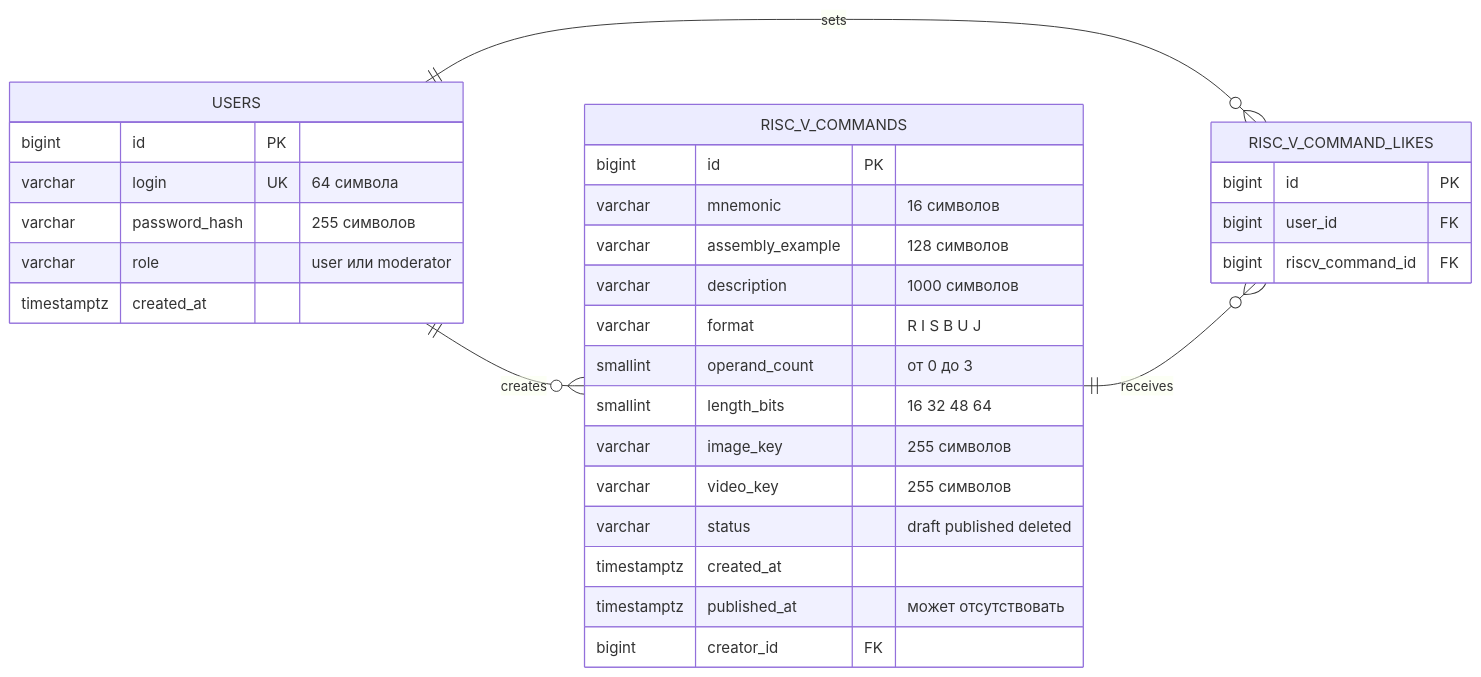
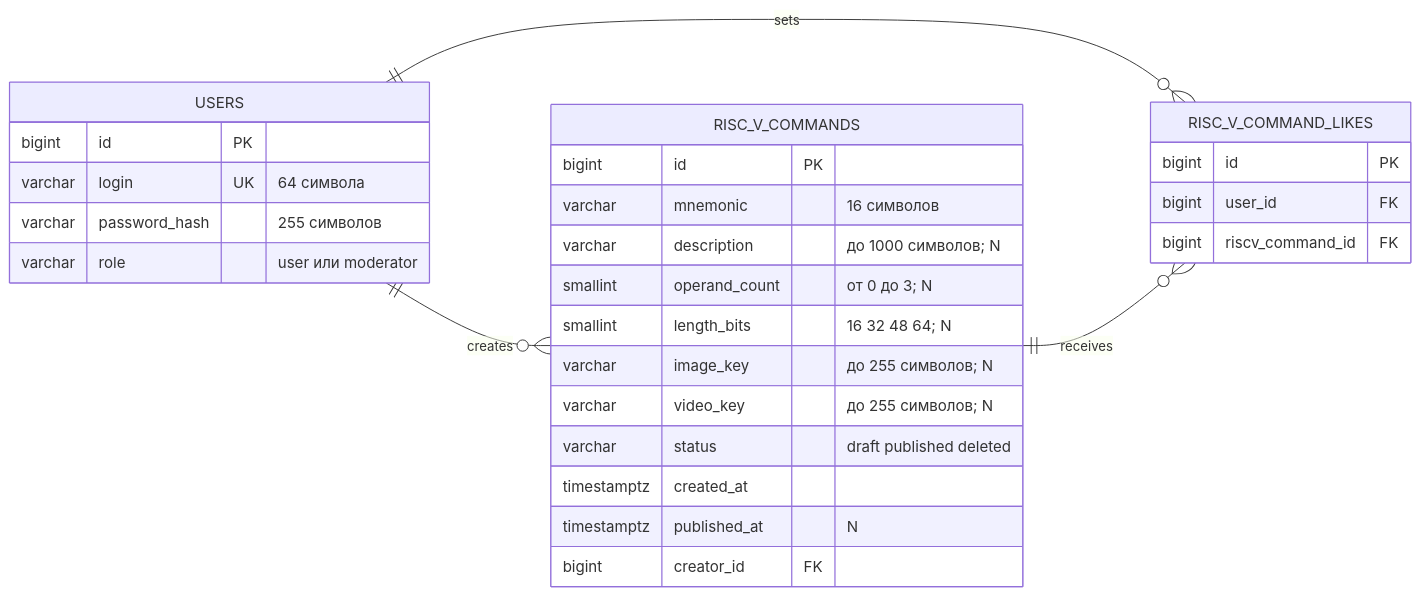
The diagram in docs/db-integration-er.md (Nisakoo/RISC-V-Application-backend), drawn with Mermaid before and after one commit. The commit also changed other lines of this file and 37 other files, not shown here.

````diff
--- a/docs/db-integration-er.md
+++ b/docs/db-integration-er.md
@@ -5,37 +5,34 @@
 ```mermaid
 erDiagram
     direction LR
     USERS ||--o{ RISC_V_COMMANDS : creates
     USERS ||--o{ RISC_V_COMMAND_LIKES : sets
     RISC_V_COMMANDS ||--o{ RISC_V_COMMAND_LIKES : receives
 
     USERS {
         bigint id PK
         varchar login UK "64 символа"
         varchar password_hash "255 символов"
         varchar role "user или moderator"
-        timestamptz created_at
     }
 
     RISC_V_COMMANDS {
         bigint id PK
         varchar mnemonic "16 символов"
-        varchar assembly_example "128 символов"
-        varchar description "1000 символов"
-        varchar format "R I S B U J"
-        smallint operand_count "от 0 до 3"
-        smallint length_bits "16 32 48 64"
-        varchar image_key "255 символов"
-        varchar video_key "255 символов"
+        varchar description "до 1000 символов; N"
+        smallint operand_count "от 0 до 3; N"
+        smallint length_bits "16 32 48 64; N"
+        varchar image_key "до 255 символов; N"
+        varchar video_key "до 255 символов; N"
         varchar status "draft published deleted"
         timestamptz created_at
-        timestamptz published_at "может отсутствовать"
+        timestamptz published_at "N"
         bigint creator_id FK
     }
 
     RISC_V_COMMAND_LIKES {
         bigint id PK
         bigint user_id FK
         bigint riscv_command_id FK
     }
 ```
````
